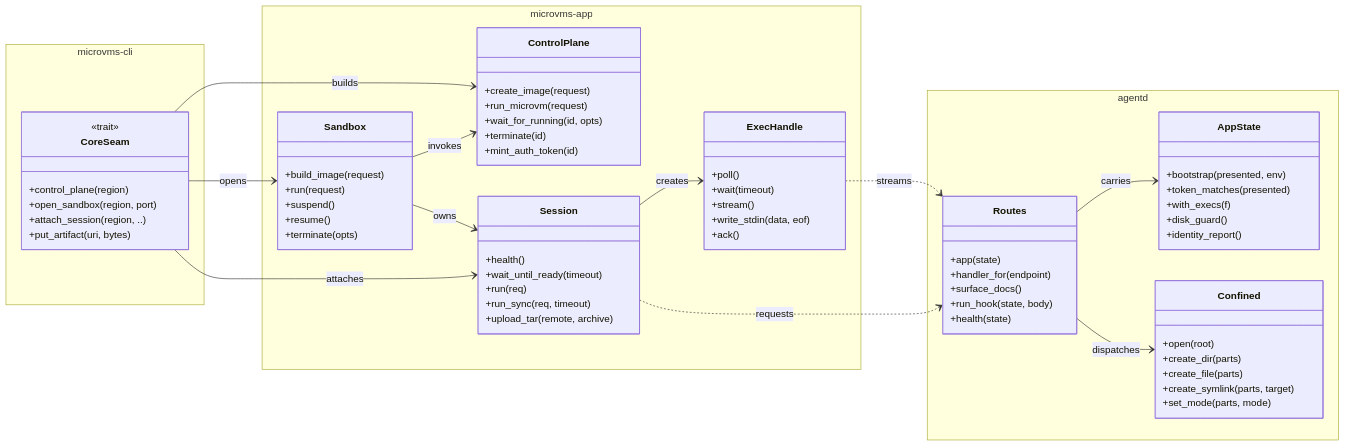
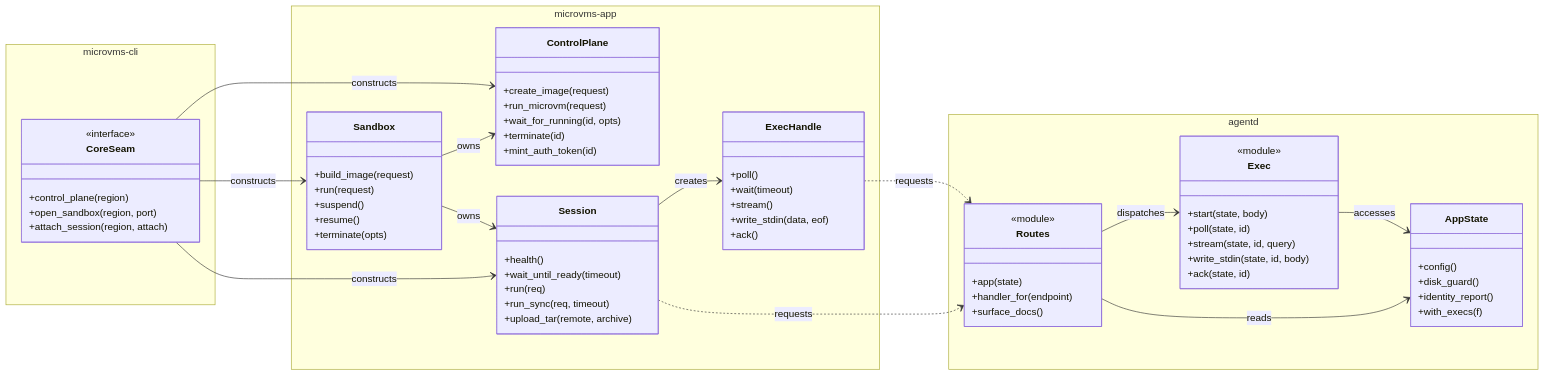
Before and after one commit to laithalsaadoon/microvms-agentd: the diagram in docs/diagrams/architecture/components.md, drawn with Mermaid. The commit also changed other lines of this file and 19 other files, not shown here.

````diff
--- a/docs/diagrams/architecture/components.md
+++ b/docs/diagrams/architecture/components.md
@@ -4,17 +4,20 @@
 classDiagram
     direction LR
 
+    %% + lists selected operations, not Rust visibility.
     namespace microvms-cli {
+        %% Trait and methods: `crates/microvms-cli/src/seam.rs:135-152`.
         class CoreSeam {
-            <<trait>>
+            <<interface>>
             +control_plane(region)
             +open_sandbox(region, port)
-            +attach_session(region, ..)
-            +put_artifact(uri, bytes)
+            +attach_session(region, attach)
         }
     }
 
     namespace microvms-app {
+        %% Type: `crates/microvms-app/src/sandbox.rs:620`.
+        %% Methods: `crates/microvms-app/src/sandbox.rs:917`, `crates/microvms-app/src/sandbox.rs:1105`, `crates/microvms-app/src/sandbox.rs:1584`, `crates/microvms-app/src/sandbox.rs:1668`, `crates/microvms-app/src/sandbox.rs:1772`.
         class Sandbox {
             +build_image(request)
             +run(request)
@@ -22,6 +25,8 @@
             +resume()
             +terminate(opts)
         }
+        %% Type: `crates/microvms-app/src/control/mod.rs:130`.
+        %% Methods: `crates/microvms-app/src/control/image.rs:188`, `crates/microvms-app/src/control/microvm.rs:433`, `crates/microvms-app/src/control/microvm.rs:609`, `crates/microvms-app/src/control/microvm.rs:816`, `crates/microvms-app/src/control/microvm.rs:834`.
         class ControlPlane {
             +create_image(request)
             +run_microvm(request)
@@ -29,6 +34,8 @@
             +terminate(id)
             +mint_auth_token(id)
         }
+        %% Type: `crates/microvms-app/src/session/mod.rs:221`.
+        %% Methods: `crates/microvms-app/src/session/mod.rs:383`, `crates/microvms-app/src/session/mod.rs:410`, `crates/microvms-app/src/session/mod.rs:448`, `crates/microvms-app/src/session/mod.rs:476`, `crates/microvms-app/src/session/mod.rs:538`.
         class Session {
             +health()
             +wait_until_ready(timeout)
@@ -36,6 +43,8 @@
             +run_sync(req, timeout)
             +upload_tar(remote, archive)
         }
+        %% Type: `crates/microvms-app/src/session/exec.rs:349`.
+        %% Methods: `crates/microvms-app/src/session/exec.rs:364`, `crates/microvms-app/src/session/exec.rs:384`, `crates/microvms-app/src/session/exec.rs:421`, `crates/microvms-app/src/session/exec.rs:760`, `crates/microvms-app/src/session/exec.rs:790`.
         class ExecHandle {
             +poll()
             +wait(timeout)
@@ -46,37 +55,50 @@
     }
 
     namespace agentd {
+        %% Module functions: `crates/agentd/src/routes.rs:36`, `crates/agentd/src/routes.rs:110`, `crates/agentd/src/routes.rs:443`.
         class Routes {
+            <<module>>
             +app(state)
             +handler_for(endpoint)
             +surface_docs()
-            +run_hook(state, body)
-            +health(state)
         }
+        %% Type: `crates/agentd/src/state.rs:138`.
+        %% Methods: `crates/agentd/src/state.rs:278`, `crates/agentd/src/state.rs:284`, `crates/agentd/src/state.rs:291`, `crates/agentd/src/state.rs:455`.
         class AppState {
-            +bootstrap(presented, env)
-            +token_matches(presented)
-            +with_execs(f)
+            +config()
             +disk_guard()
             +identity_report()
+            +with_execs(f)
         }
-        class Confined {
-            +open(root)
-            +create_dir(parts)
-            +create_file(parts)
-            +create_symlink(parts, target)
-            +set_mode(parts, mode)
+        %% Module functions: `crates/agentd/src/exec.rs:341`, `crates/agentd/src/exec.rs:429`, `crates/agentd/src/exec.rs:477`, `crates/agentd/src/exec.rs:706`, `crates/agentd/src/exec.rs:855`.
+        class Exec {
+            <<module>>
+            +start(state, body)
+            +poll(state, id)
+            +stream(state, id, query)
+            +write_stdin(state, id, body)
+            +ack(state, id)
         }
     }
 
-    CoreSeam --> ControlPlane : builds
-    CoreSeam --> Sandbox : opens
-    CoreSeam --> Session : attaches
-    Sandbox --> ControlPlane : invokes
+    %% Production seam: `crates/microvms-cli/src/seam.rs:179-220`.
+    CoreSeam --> ControlPlane : constructs
+    CoreSeam --> Sandbox : constructs
+    CoreSeam --> Session : constructs
+    %% Owned fields: `crates/microvms-app/src/sandbox.rs:620-626`.
+    Sandbox --> ControlPlane : owns
     Sandbox --> Session : owns
+    %% Handle construction: `crates/microvms-app/src/session/mod.rs:448-472`.
     Session --> ExecHandle : creates
+    %% Dashed edges are HTTP requests, not crate dependencies.
+    %% Requests and routing: `crates/microvms-app/src/session/mod.rs:383-387`, `crates/microvms-app/src/session/mod.rs:448-457`, `crates/agentd/src/routes.rs:119-136`.
     Session ..> Routes : requests
-    ExecHandle ..> Routes : streams
-    Routes --> AppState : carries
-    Routes --> Confined : dispatches
+    %% Requests and routing: `crates/microvms-app/src/session/exec.rs:364-371`, `crates/microvms-app/src/session/exec.rs:760-798`, `crates/agentd/src/routes.rs:120-128`.
+    ExecHandle ..> Routes : requests
+    %% Handler registration: `crates/agentd/src/routes.rs:119-128`.
+    Routes --> Exec : dispatches
+    %% Shared state: `crates/agentd/src/routes.rs:36-37`, `crates/agentd/src/routes.rs:373-387`.
+    Routes --> AppState : reads
+    %% Registry access: `crates/agentd/src/exec.rs:429-439`, `crates/agentd/src/exec.rs:477-494`.
+    Exec --> AppState : accesses
 ```
````
